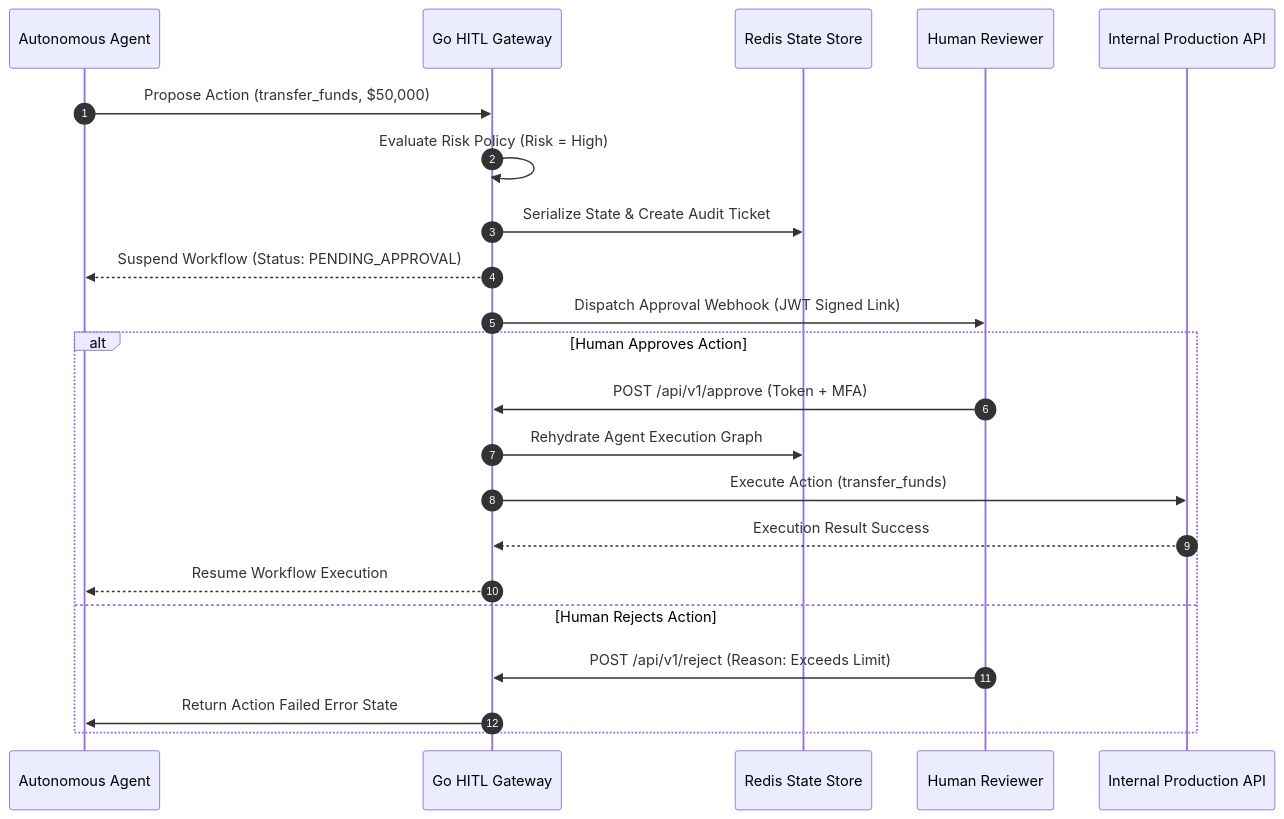
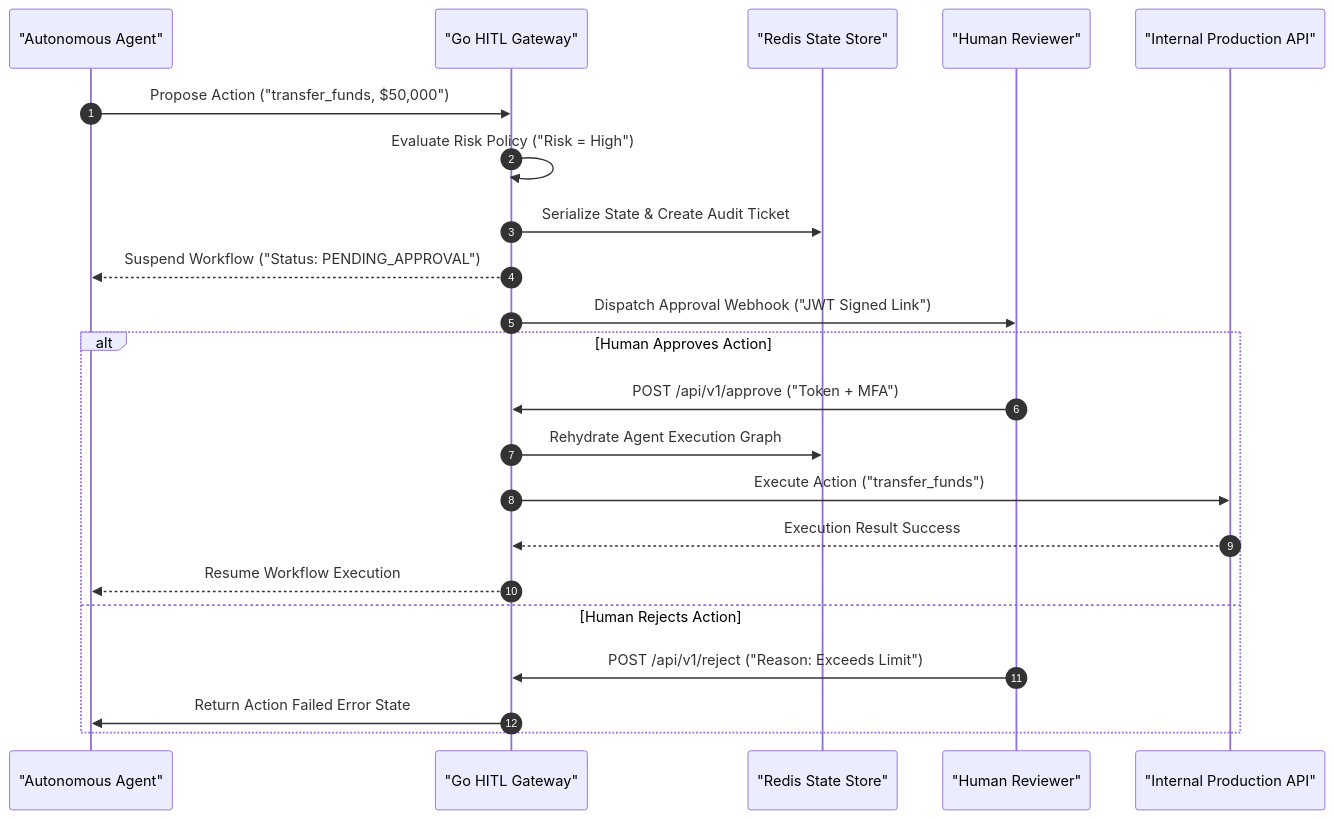
Before and after one commit to vesviet/vesviet: the second of 2 diagrams in content/series/agentic-system-architecture/part-6-human-in-the-loop.md, drawn with Mermaid. The commit also changed other lines of this file and 331 other files, not shown here.

````diff
--- a/content/series/agentic-system-architecture/part-6-human-in-the-loop.md
+++ b/content/series/agentic-system-architecture/part-6-human-in-the-loop.md
@@ -72,26 +74,26 @@
 ```mermaid
 sequenceDiagram
     autonumber
-    participant Agent as Autonomous Agent
-    participant Gateway as Go HITL Gateway
-    participant Store as Redis State Store
-    participant Human as Human Reviewer
-    participant API as Internal Production API
+    participant Agent as "Autonomous Agent"
+    participant Gateway as "Go HITL Gateway"
+    participant Store as "Redis State Store"
+    participant Human as "Human Reviewer"
+    participant API as "Internal Production API"
 
-    Agent->>Gateway: Propose Action (transfer_funds, $50,000)
-    Gateway->>Gateway: Evaluate Risk Policy (Risk = High)
+    Agent->>Gateway: Propose Action ("transfer_funds, $50,000")
+    Gateway->>Gateway: Evaluate Risk Policy ("Risk = High")
     Gateway->>Store: Serialize State & Create Audit Ticket
-    Gateway-->>Agent: Suspend Workflow (Status: PENDING_APPROVAL)
-    Gateway->>Human: Dispatch Approval Webhook (JWT Signed Link)
+    Gateway-->>Agent: Suspend Workflow ("Status: PENDING_APPROVAL")
+    Gateway->>Human: Dispatch Approval Webhook ("JWT Signed Link")
     
     alt Human Approves Action
-        Human->>Gateway: POST /api/v1/approve (Token + MFA)
+        Human->>Gateway: POST /api/v1/approve ("Token + MFA")
         Gateway->>Store: Rehydrate Agent Execution Graph
-        Gateway->>API: Execute Action (transfer_funds)
+        Gateway->>API: Execute Action ("transfer_funds")
         API-->>Gateway: Execution Result Success
         Gateway-->>Agent: Resume Workflow Execution
     else Human Rejects Action
-        Human->>Gateway: POST /api/v1/reject (Reason: Exceeds Limit)
+        Human->>Gateway: POST /api/v1/reject ("Reason: Exceeds Limit")
         Gateway->>Agent: Return Action Failed Error State
     end
 ```
````
